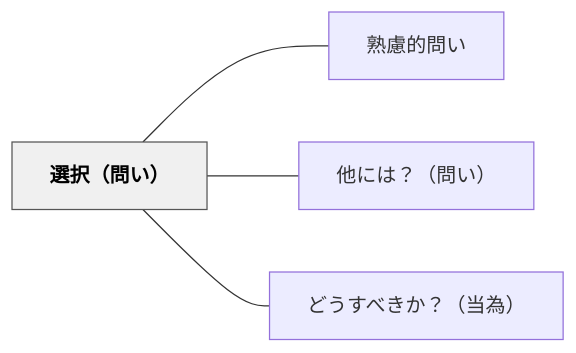
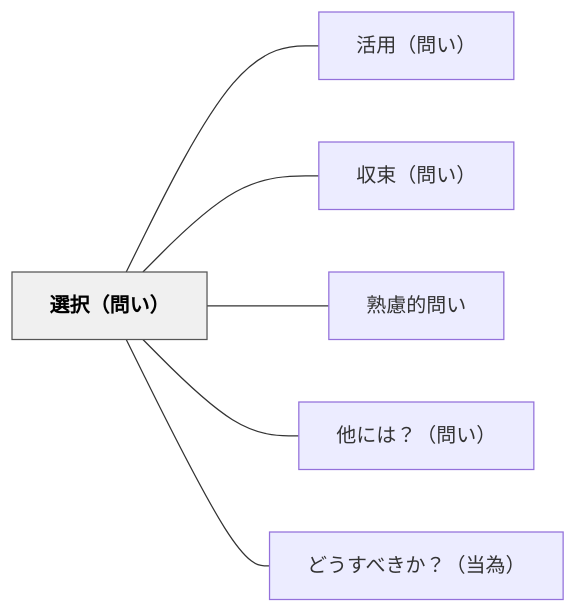
One commit to unknownthings-ed-patterns/unknownthings-ed-patterns changed the diagram in content/パタン/選択（問い）.md. Above: the diagram before and after it, drawn with Mermaid. The commit also changed other lines of this file and 473 other files, not shown here.

````diff
--- a/content/パタン/選択（問い）.md
+++ b/content/パタン/選択（問い）.md
@@ -40,14 +42,18 @@
 ```mermaid
 flowchart LR
     ne981b8e68a9e["選択（問い）"]
+    ne6b4bbe794a8["活用（問い）"]
+    ne58f8ee69d9f["収束（問い）"]
     ne7869fe685ae["熟慮的問い"]
     ne4bb96e381ab["他には？（問い）"]
     ne381a9e38186["どうすべきか？（当為）"]
 
+    ne981b8e68a9e --- ne6b4bbe794a8
+    ne981b8e68a9e --- ne58f8ee69d9f
     ne981b8e68a9e --- ne7869fe685ae
     ne981b8e68a9e --- ne4bb96e381ab
     ne981b8e68a9e --- ne381a9e38186
 
     classDef hub fill:#f0f0f0,stroke:#555,color:#000,font-weight:bold
     class ne981b8e68a9e hub
 ```
````
